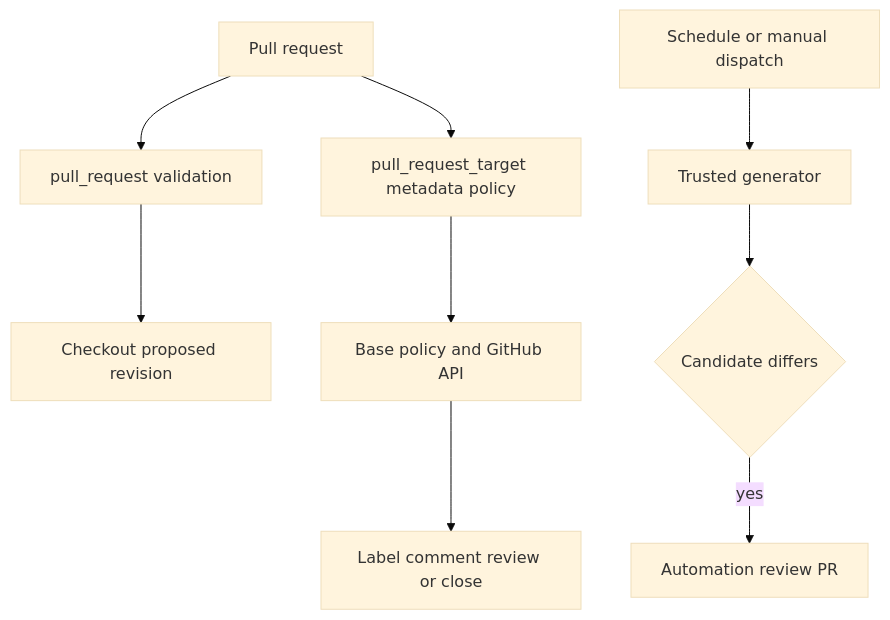
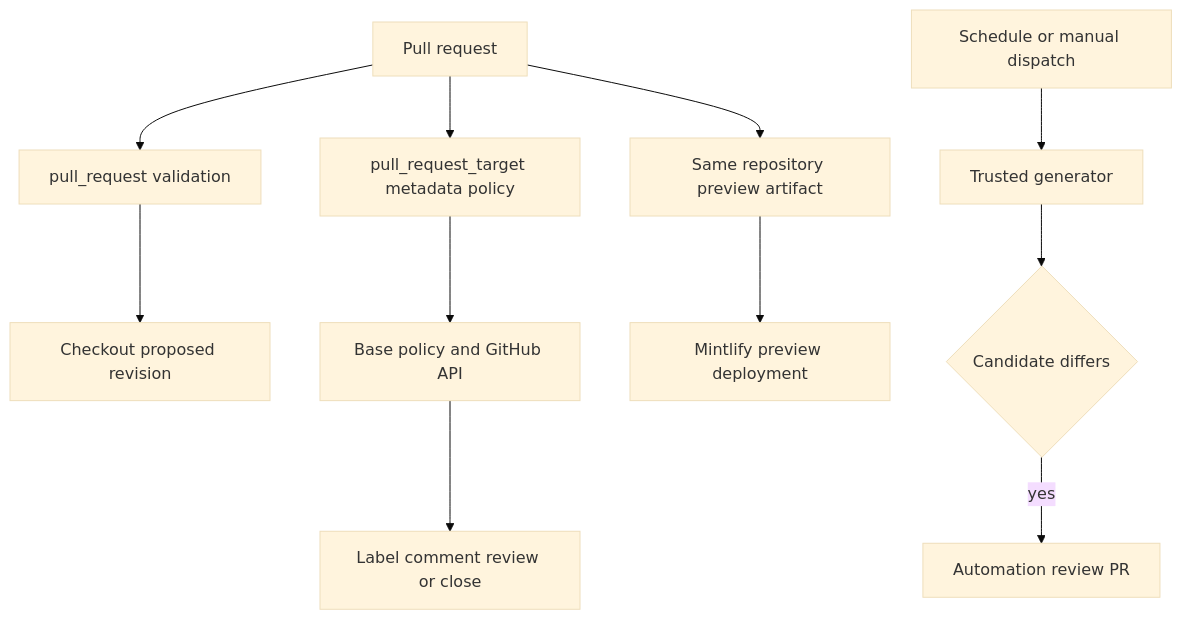
Before and after one commit to langchain-ai/docs: the first of 2 diagrams in openwiki/integrations/github-actions.md, drawn with Mermaid (base theme). The commit also changed other lines of this file and 17 other files, not shown here.

````diff
--- a/openwiki/integrations/github-actions.md
+++ b/openwiki/integrations/github-actions.md
@@ -63,11 +72,13 @@
 ```mermaid
 flowchart TD
   Pull["Pull request"] --> Validate["pull_request validation"]
   Pull --> Metadata["pull_request_target metadata policy"]
+  Pull --> Preview["Same repository preview artifact"]
   Validate --> Checkout["Checkout proposed revision"]
   Metadata --> API["Base policy and GitHub API"]
   API --> Mutate["Label comment review or close"]
+  Preview --> Mint["Mintlify preview deployment"]
   Trigger["Schedule or manual dispatch"] --> Writer["Trusted generator"]
   Writer --> Diff{"Candidate differs"}
   Diff -->|"yes"| Review["Automation review PR"]
 ```
````
